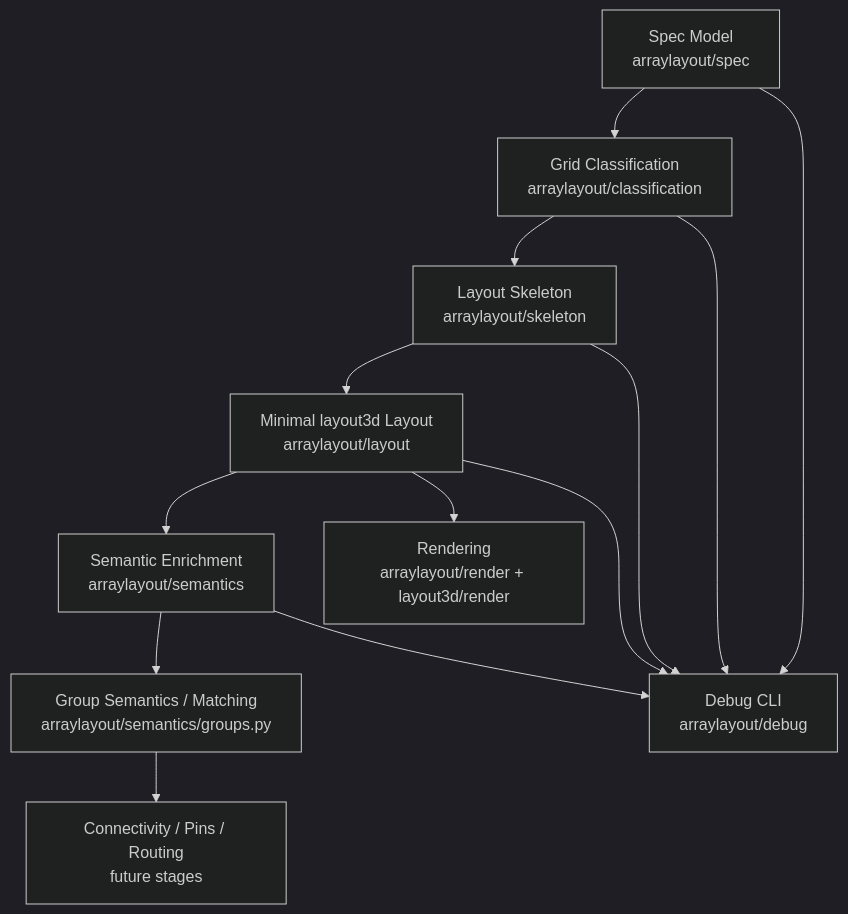
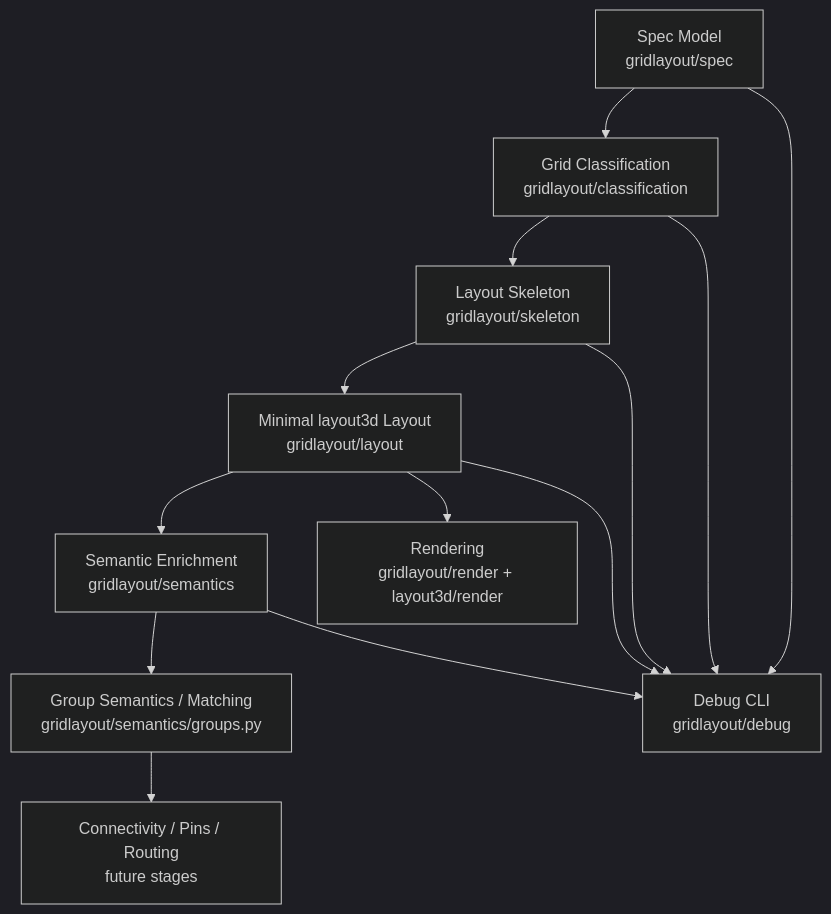
The first of 2 diagrams in docs/overview.md (code4uh/generator), drawn with Mermaid (dark theme) before and after one commit. The commit also changed 56 other files, not shown here.

````diff
--- a/docs/overview.md
+++ b/docs/overview.md
@@ -3,16 +3,16 @@
 ```mermaid
 flowchart TD
-    A[Spec Model<br/>arraylayout/spec] --> B[Grid Classification<br/>arraylayout/classification]
-    B --> C[Layout Skeleton<br/>arraylayout/skeleton]
-    C --> D[Minimal layout3d Layout<br/>arraylayout/layout]
-    D --> E[Semantic Enrichment<br/>arraylayout/semantics]
-    E --> F[Group Semantics / Matching<br/>arraylayout/semantics/groups.py]
+    A[Spec Model<br/>gridlayout/spec] --> B[Grid Classification<br/>gridlayout/classification]
+    B --> C[Layout Skeleton<br/>gridlayout/skeleton]
+    C --> D[Minimal layout3d Layout<br/>gridlayout/layout]
+    D --> E[Semantic Enrichment<br/>gridlayout/semantics]
+    E --> F[Group Semantics / Matching<br/>gridlayout/semantics/groups.py]
     F --> G[Connectivity / Pins / Routing<br/>future stages]
 
-    D --> R[Rendering<br/>arraylayout/render + layout3d/render]
-    A --> DBG[Debug CLI<br/>arraylayout/debug]
+    D --> R[Rendering<br/>gridlayout/render + layout3d/render]
+    A --> DBG[Debug CLI<br/>gridlayout/debug]
     B --> DBG
     C --> DBG
     D --> DBG
     E --> DBG
 ```
````
